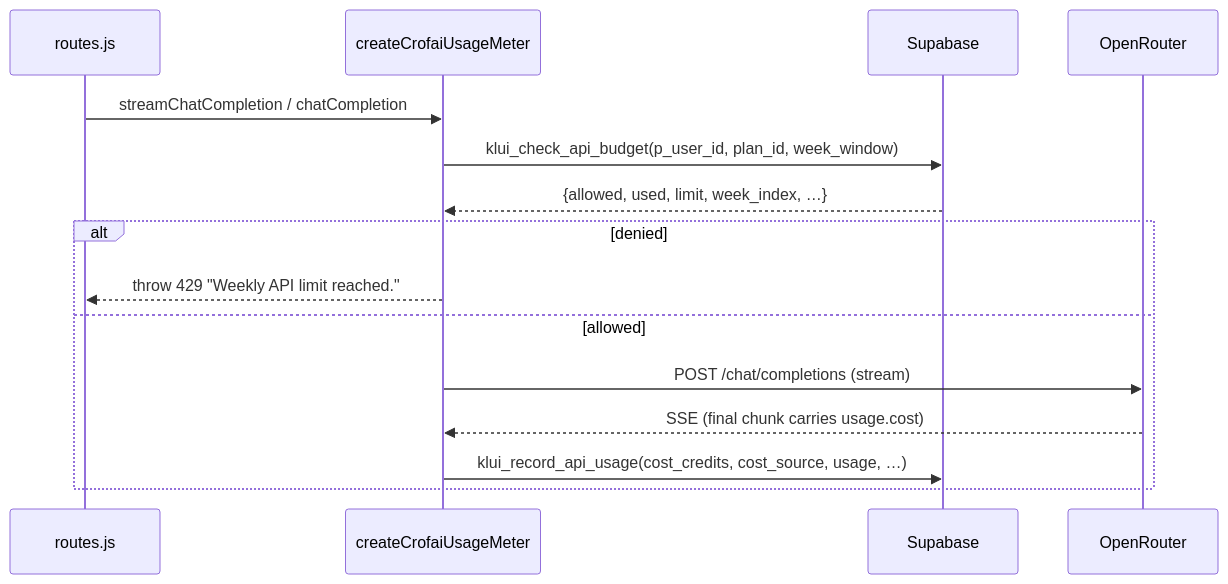
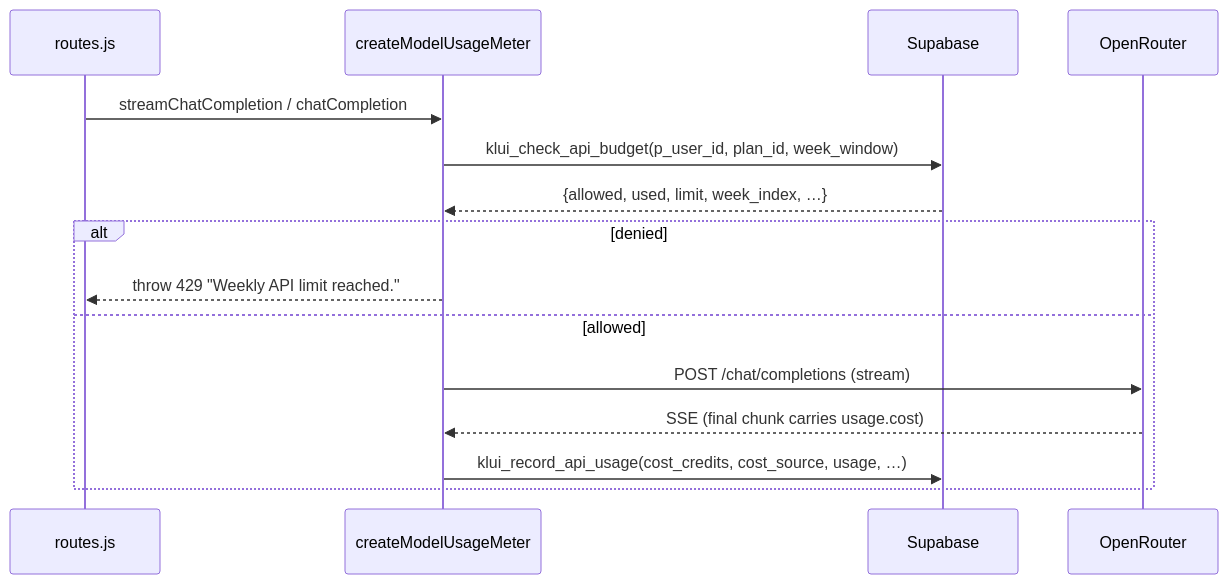
One commit to Arya-Sankhe/Chat changed the sixth of 6 diagrams in ARCHITECTURE.md. Above: the diagram before and after it, drawn with Mermaid. The commit also changed other lines of this file and 64 other files, not shown here.

````diff
--- a/ARCHITECTURE.md
+++ b/ARCHITECTURE.md
@@ -617,18 +614,18 @@
 ```mermaid
 sequenceDiagram
     participant API as routes.js
-    participant M as createCrofaiUsageMeter
+    participant M as createModelUsageMeter
     participant SB as Supabase
     participant OR as OpenRouter
 
     API->>M: streamChatCompletion / chatCompletion
     M->>SB: klui_check_api_budget(p_user_id, plan_id, week_window)
     SB-->>M: {allowed, used, limit, week_index, …}
     alt denied
         M-->>API: throw 429 "Weekly API limit reached."
     else allowed
         M->>OR: POST /chat/completions (stream)
         OR-->>M: SSE (final chunk carries usage.cost)
         M->>SB: klui_record_api_usage(cost_credits, cost_source, usage, …)
     end
 ```
````
